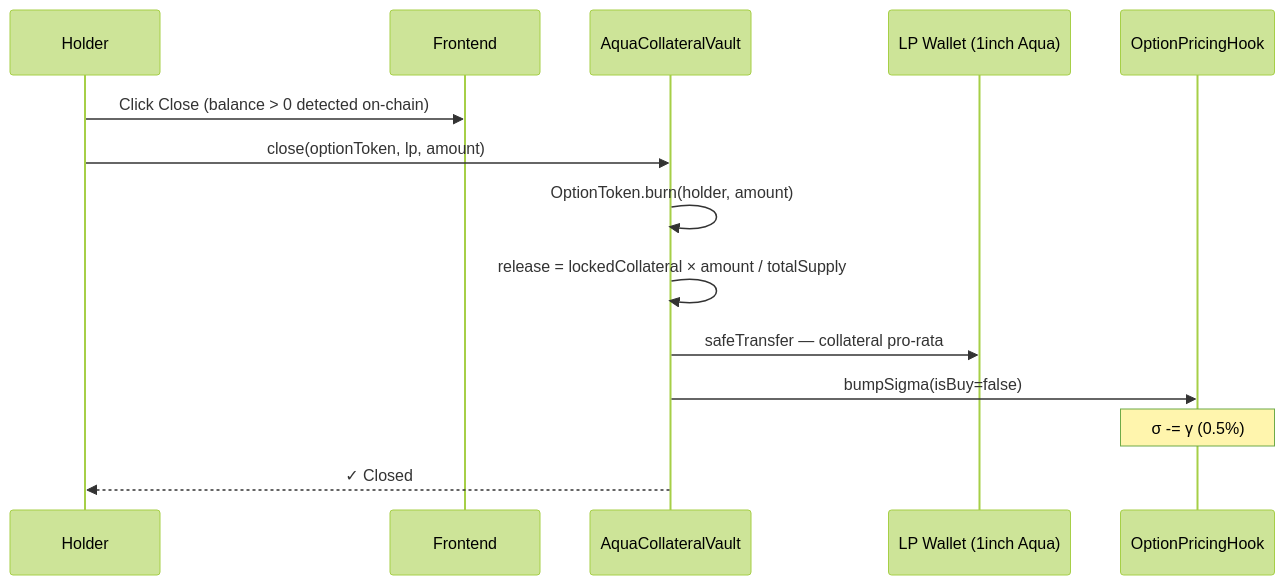
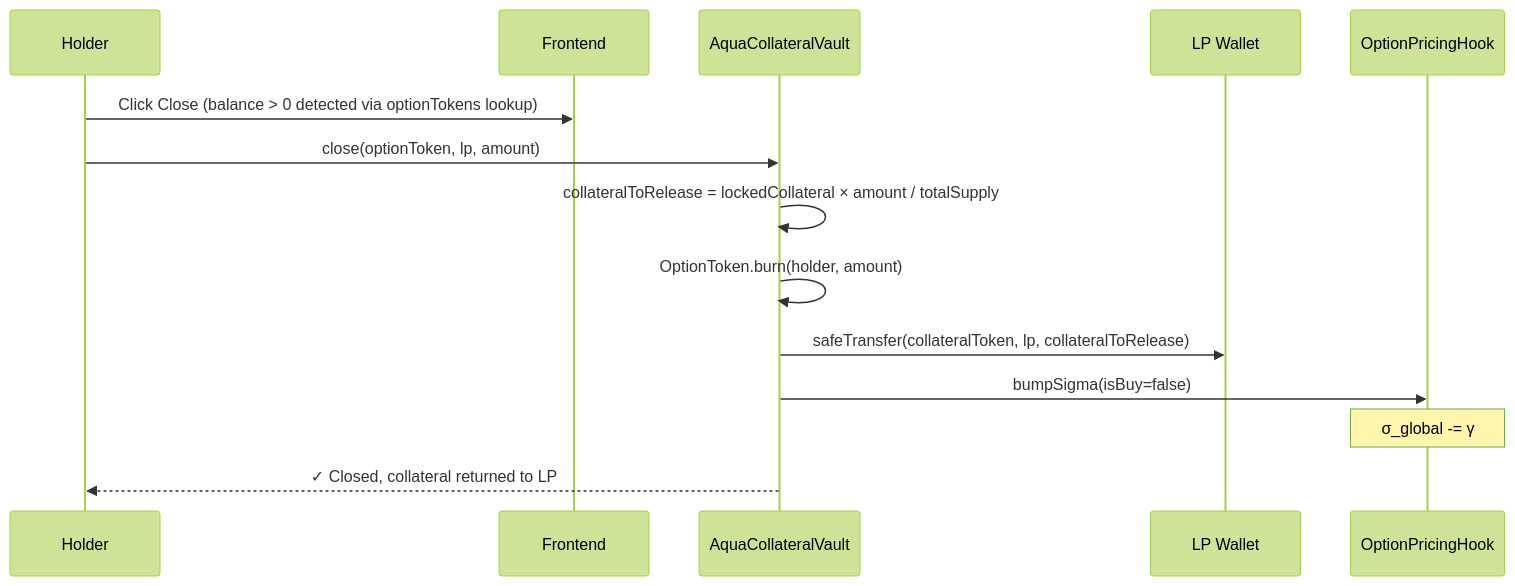
The third of 6 diagrams in README.md (oslinin/Smile), drawn with Mermaid (forest theme) before and after one commit. The commit also changed other lines of this file and 8 other files, not shown here.

Commit message:
Add AuthorizeRange flow, expand vault + hook, update docs

````diff
--- a/README.md
+++ b/README.md
@@ -154,17 +146,17 @@
 ```mermaid
 sequenceDiagram
     participant Holder
     participant Frontend
     participant Vault as AquaCollateralVault
-    participant LP as LP Wallet (1inch Aqua)
+    participant LP as LP Wallet
     participant Hook as OptionPricingHook
 
-    Holder->>Frontend: Click Close (balance > 0 detected on-chain)
+    Holder->>Frontend: Click Close (balance > 0 detected via optionTokens lookup)
     Holder->>Vault: close(optionToken, lp, amount)
+    Vault->>Vault: collateralToRelease = lockedCollateral × amount / totalSupply
     Vault->>Vault: OptionToken.burn(holder, amount)
-    Vault->>Vault: release = lockedCollateral × amount / totalSupply
-    Vault->>LP: safeTransfer — collateral pro-rata
+    Vault->>LP: safeTransfer(collateralToken, lp, collateralToRelease)
     Vault->>Hook: bumpSigma(isBuy=false)
-    Note over Hook: σ -= γ (0.5%)
-    Vault-->>Holder: ✓ Closed
+    Note over Hook: σ_global -= γ
+    Vault-->>Holder: ✓ Closed, collateral returned to LP
 ```
````
